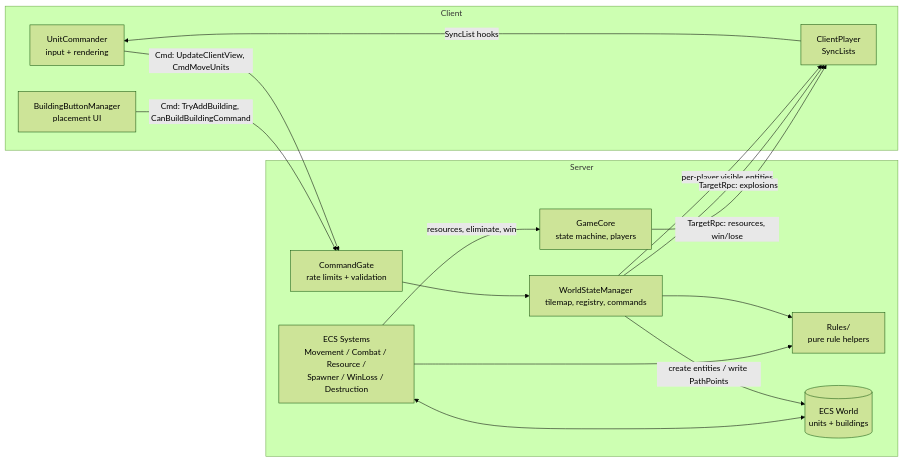
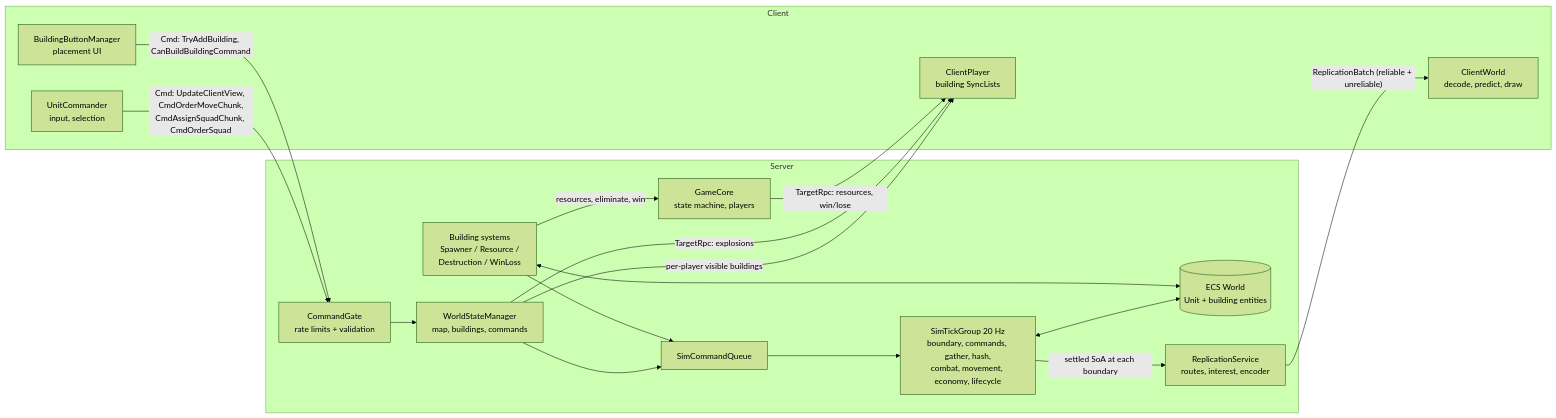
Before and after one commit to CoolCoder353/WAR-2D: the first of 4 diagrams in docs/architecture.md, drawn with Mermaid (forest theme). The commit also changed other lines of this file and 4 other files, not shown here.

````diff
--- a/docs/architecture.md
+++ b/docs/architecture.md
@@ -10,28 +12,33 @@
 ```mermaid
 flowchart LR
     subgraph Client
-        UC[UnitCommander<br/>input + rendering]
+        UC[UnitCommander<br/>input, selection]
+        CW[ClientWorld<br/>decode, predict, draw]
         BBM[BuildingButtonManager<br/>placement UI]
-        CP_C[ClientPlayer<br/>SyncLists]
+        CP_C[ClientPlayer<br/>building SyncLists]
     end
     subgraph Server
         GATE[CommandGate<br/>rate limits + validation]
-        WSM[WorldStateManager<br/>tilemap, registry, commands]
+        WSM[WorldStateManager<br/>map, buildings, commands]
+        Q[SimCommandQueue]
+        TICK[SimTickGroup 20 Hz<br/>boundary, commands, gather, hash,<br/>combat, movement, economy, lifecycle]
+        ECS[(ECS World<br/>Unit + building entities)]
+        REP[ReplicationService<br/>routes, interest, encoder]
         GC[GameCore<br/>state machine, players]
-        RULES[Rules/<br/>pure rule helpers]
-        ECS[(ECS World<br/>units + buildings)]
-        SYS[ECS Systems<br/>Movement / Combat / Resource /<br/>Spawner / WinLoss / Destruction]
+        SYS[Building systems<br/>Spawner / Resource /<br/>Destruction / WinLoss]
     end
-    UC -- "Cmd: UpdateClientView, CmdMoveUnits" --> GATE
+    UC -- "Cmd: UpdateClientView, CmdOrderMoveChunk,<br/>CmdAssignSquadChunk, CmdOrderSquad" --> GATE
     BBM -- "Cmd: TryAddBuilding, CanBuildBuildingCommand" --> GATE
     GATE --> WSM
-    WSM -- "create entities / write PathPoints" --> ECS
-    WSM --> RULES
+    WSM --> Q
+    SYS --> Q
+    Q --> TICK
+    TICK <--> ECS
     SYS <--> ECS
-    SYS --> RULES
+    TICK -- "settled SoA at each boundary" --> REP
+    REP -- "ReplicationBatch (reliable + unreliable)" --> CW
+    WSM -- "per-player visible buildings" --> CP_C
+    WSM -- "TargetRpc: explosions" --> CP_C
     SYS -- "resources, eliminate, win" --> GC
-    WSM -- "per-player visible entities" --> CP_C
-    WSM -- "TargetRpc: explosions" --> CP_C
-    CP_C -- "SyncList hooks" --> UC
     GC -- "TargetRpc: resources, win/lose" --> CP_C
 ```
````
